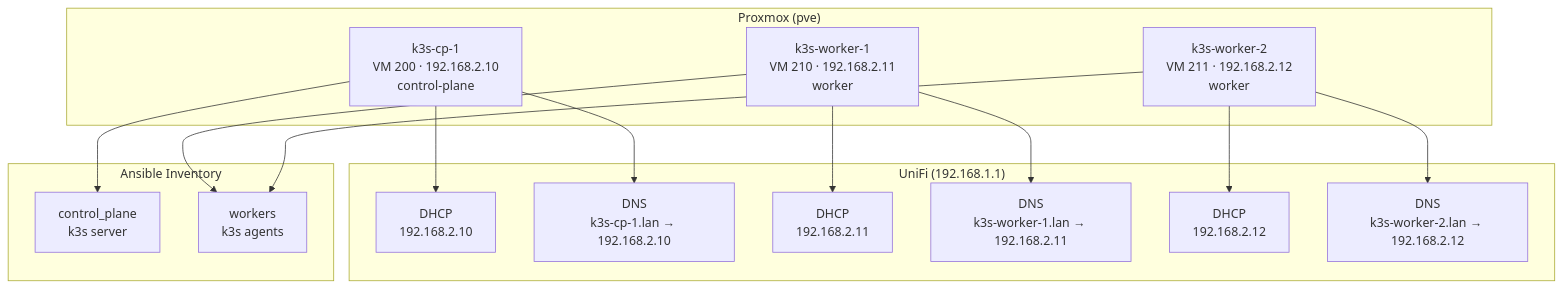
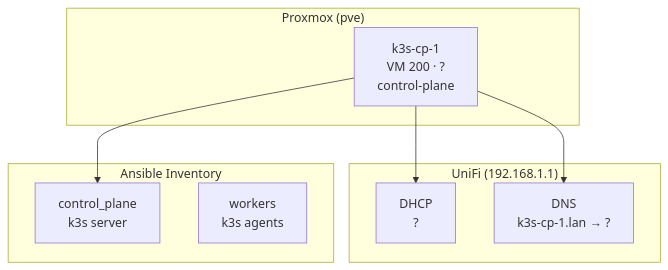
One commit to Virgil-Bulens/homelab changed the diagram in docs/infrastructure.md. Above: the diagram before and after it, drawn with Mermaid.

Commit message:
docs: regenerate infrastructure diagram [skip ci]

````diff
--- a/docs/infrastructure.md
+++ b/docs/infrastructure.md
@@ -1,29 +1,17 @@
 ```mermaid
 flowchart TD
     subgraph Proxmox["Proxmox (pve)"]
-        vm_cp["k3s-cp-1\nVM 200 · 192.168.2.10\ncontrol-plane"]
-        vm_w1["k3s-worker-1\nVM 210 · 192.168.2.11\nworker"]
-        vm_w2["k3s-worker-2\nVM 211 · 192.168.2.12\nworker"]
+        vm_cp["k3s-cp-1\nVM 200 · ?\ncontrol-plane"]
     end
     subgraph UniFi["UniFi (192.168.1.1)"]
-        dhcp_cp["DHCP\n192.168.2.10"]
-        dns_cp["DNS\nk3s-cp-1.lan → 192.168.2.10"]
-        dhcp_w1["DHCP\n192.168.2.11"]
-        dns_w1["DNS\nk3s-worker-1.lan → 192.168.2.11"]
-        dhcp_w2["DHCP\n192.168.2.12"]
-        dns_w2["DNS\nk3s-worker-2.lan → 192.168.2.12"]
+        dhcp_cp["DHCP\n?"]
+        dns_cp["DNS\nk3s-cp-1.lan → ?"]
     end
     subgraph Ansible["Ansible Inventory"]
         ans_cp["control_plane\nk3s server"]
         ans_w["workers\nk3s agents"]
     end
     vm_cp --> dhcp_cp
     vm_cp --> dns_cp
-    vm_w1 --> dhcp_w1
-    vm_w1 --> dns_w1
-    vm_w2 --> dhcp_w2
-    vm_w2 --> dns_w2
     vm_cp --> ans_cp
-    vm_w1 --> ans_w
-    vm_w2 --> ans_w
 ```
````
